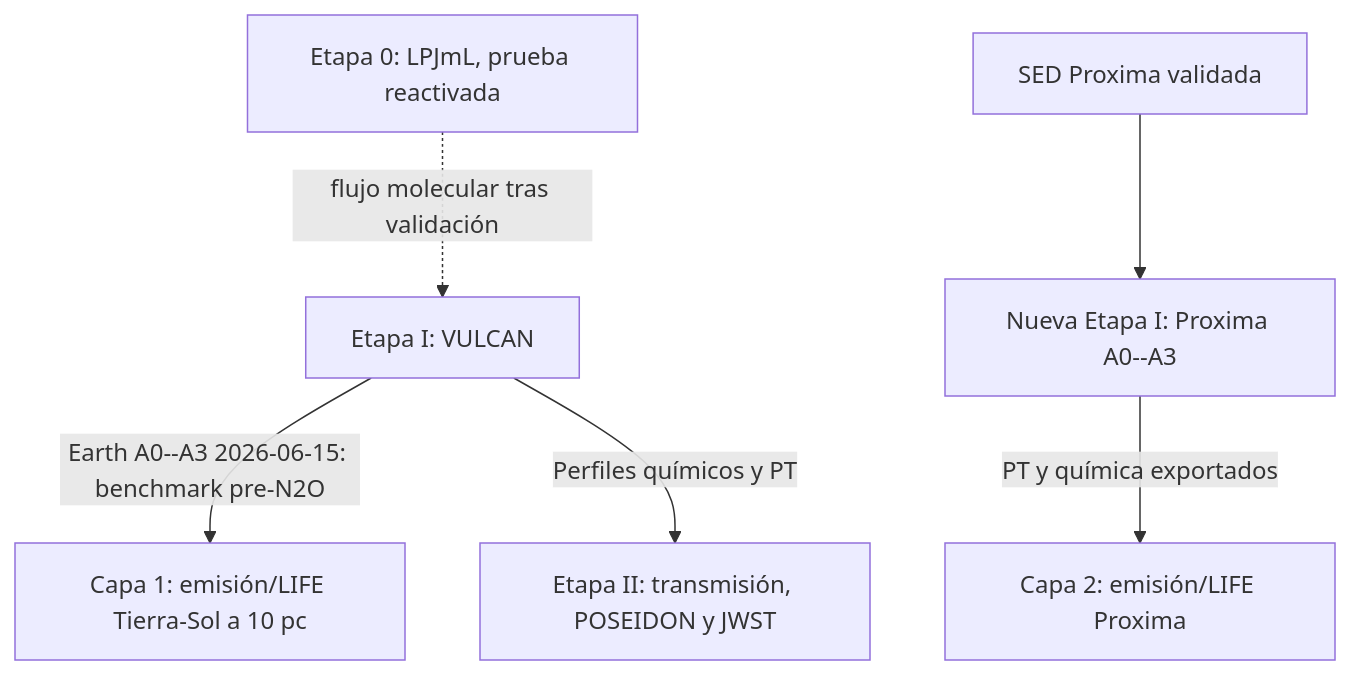
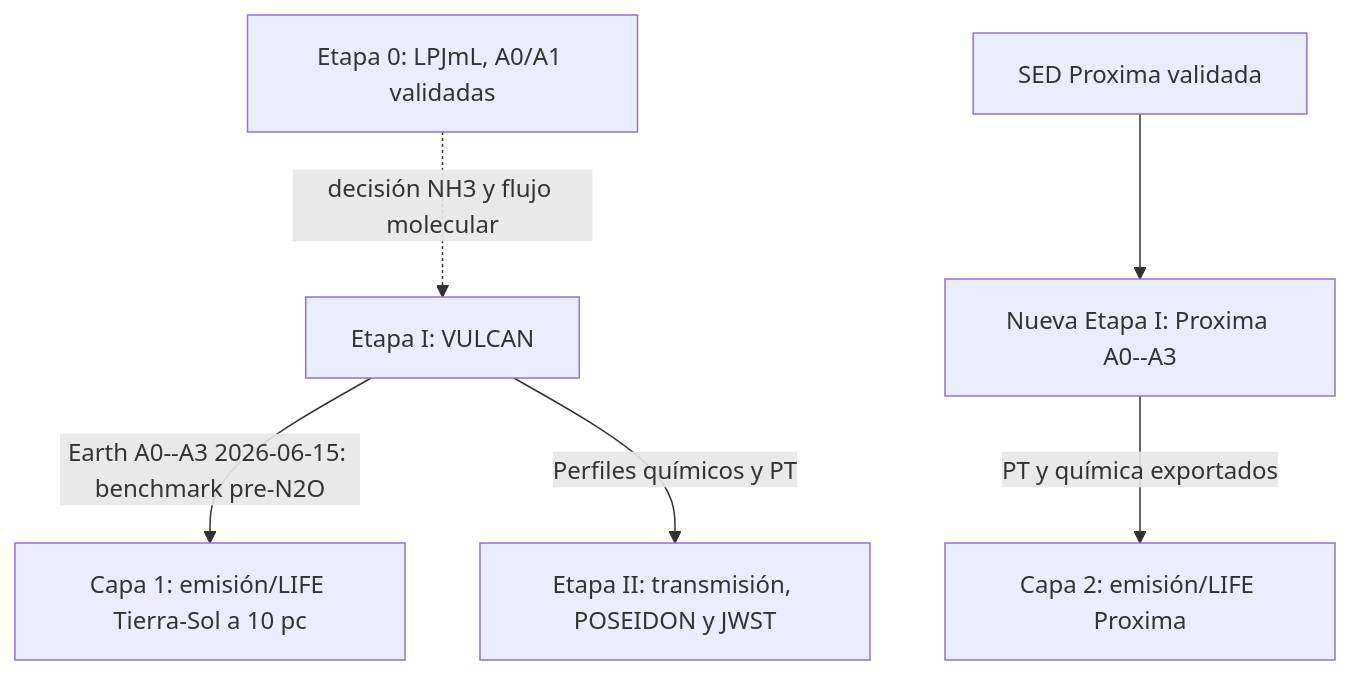
Before and after one commit to D4san/ExoFarm_MDwarfs: the diagram in docs/project_status_tracker.md, drawn with Mermaid. The commit also changed other lines of this file and 2445 other files, not shown here.

````diff
--- a/docs/project_status_tracker.md
+++ b/docs/project_status_tracker.md
@@ -16,8 +405,8 @@
 ```mermaid
 graph TD
-    Stage0["Etapa 0: LPJmL, prueba reactivada"] -. "flujo molecular tras validación" .-> Stage1["Etapa I: VULCAN"]
+    Stage0["Etapa 0: LPJmL, A0/A1 validadas"] -. "decisión NH3 y flujo molecular" .-> Stage1["Etapa I: VULCAN"]
     Stage1 -->|"Earth A0--A3 2026-06-15: benchmark pre-N2O"| Stage3A["Capa 1: emisión/LIFE Tierra-Sol a 10 pc"]
     ProxSED["SED Proxima validada"] --> Stage1P["Nueva Etapa I: Proxima A0--A3"]
     Stage1P -->|"PT y química exportados"| Stage3B["Capa 2: emisión/LIFE Proxima"]
     Stage1 -->|Perfiles químicos y PT| Stage2["Etapa II: transmisión, POSEIDON y JWST"]
 ```
````
